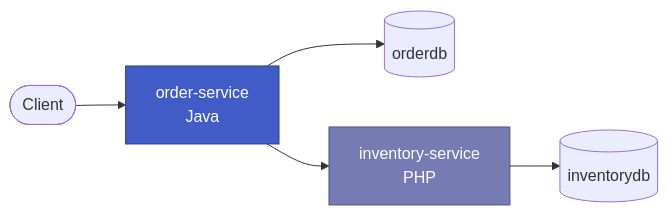
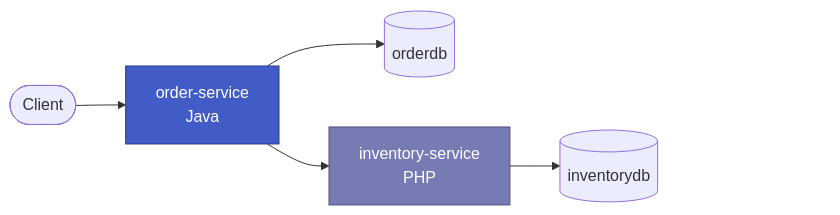
The first of 3 diagrams in README.md (Shadikul-Islam/opentelemetry-distributed-tracing), drawn with Mermaid before and after one commit. The commit also changed other lines of this file, not shown here.

````diff
--- a/README.md
+++ b/README.md
@@ -43,10 +43,13 @@
 ```mermaid
 flowchart LR
     C(["Client"]) --> J["order-service<br/>Java"]
     J --> DB1[("orderdb")]
     J --> P["inventory-service<br/>PHP"]
     P --> DB2[("inventorydb")]
 
+    DB2 ~~~ PAD["&nbsp;&nbsp;&nbsp;&nbsp;&nbsp;&nbsp;&nbsp;&nbsp;&nbsp;&nbsp;&nbsp;&nbsp;&nbsp;&nbsp;"]
+
+    style PAD fill:none,stroke:none
     style J fill:#425CC7,stroke:#2b3d8f,color:#fff
     style P fill:#777BB4,stroke:#4f5280,color:#fff
 ```
````
